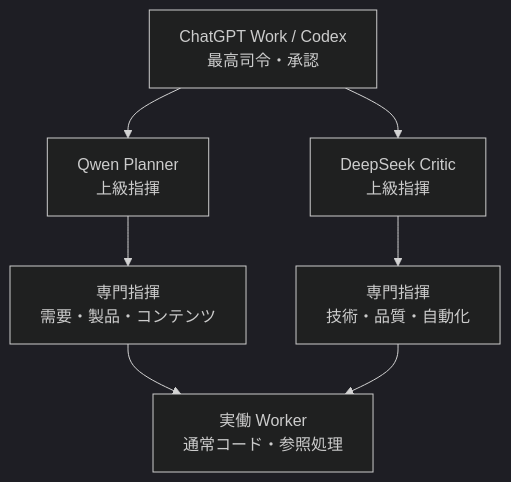
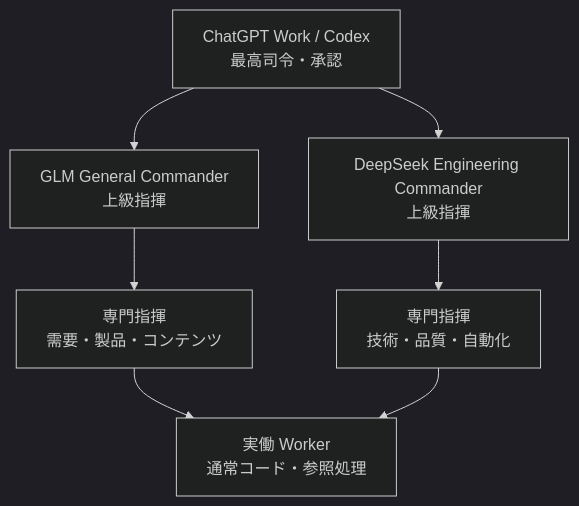
The diagram in docs/HIERARCHICAL_RUNTIME.md (nyu1791-collab/hf-site-agent), drawn with Mermaid (dark theme) before and after one commit. The commit also changed other lines of this file and 29 other files, not shown here.

````diff
--- a/docs/HIERARCHICAL_RUNTIME.md
+++ b/docs/HIERARCHICAL_RUNTIME.md
@@ -19,9 +19,9 @@
 ```mermaid
 flowchart TD
-  C[ChatGPT Work / Codex\n最高司令・承認] --> Q[Qwen Planner\n上級指揮]
-  C --> D[DeepSeek Critic\n上級指揮]
+  C[ChatGPT Work / Codex\n最高司令・承認] --> Q[GLM General Commander\n上級指揮]
+  C --> D[DeepSeek Engineering Commander\n上級指揮]
   Q --> S1[専門指揮\n需要・製品・コンテンツ]
   D --> S2[専門指揮\n技術・品質・自動化]
   S1 --> W[実働 Worker\n通常コード・参照処理]
   S2 --> W
 ```
````
